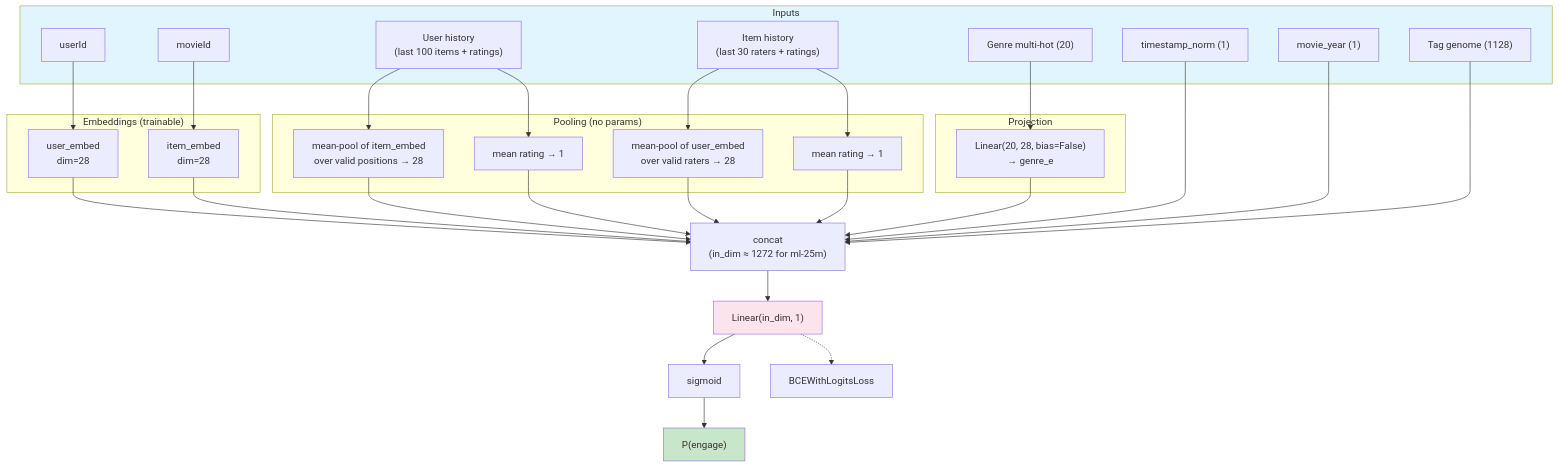
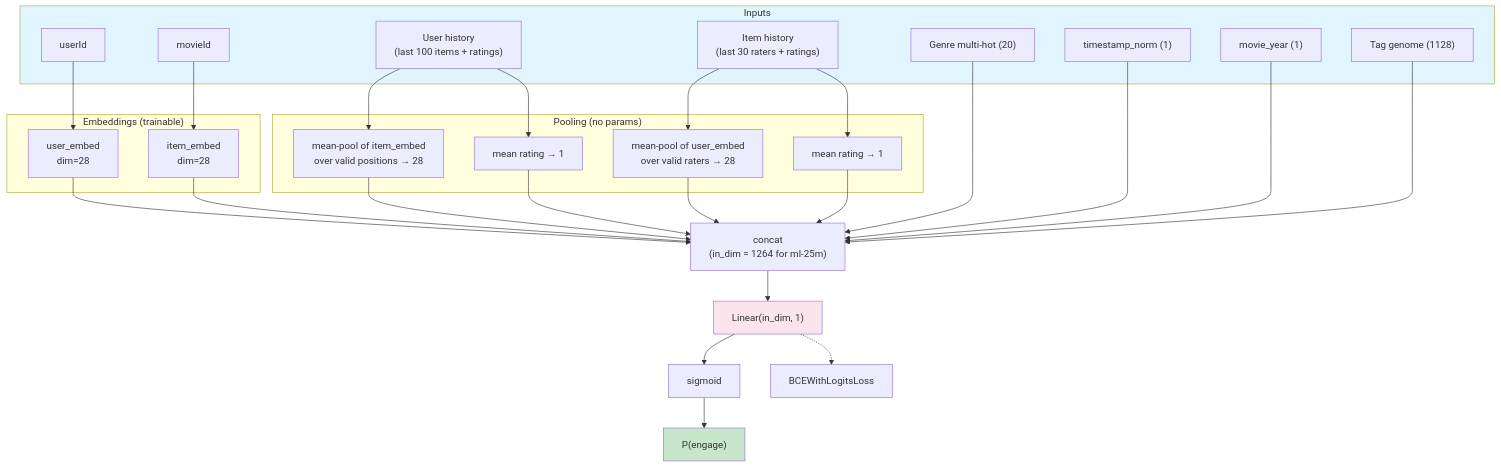
Before and after one commit to thuningxu/movielens: the diagram in README.md, drawn with Mermaid. The commit also changed other lines of this file and 2 other files, not shown here.

Commit message:
Drop genre projection; feed raw multi-hot directly (null ablation)
A Linear(20, 28) -> Linear(in, 1) chain is expressively equivalent to a
direct Linear(20, 1) slice in the head — the projection was redundant
parameters. Removing it saves ~560 params with no AUC cost.

Result on ml-25m at SEED=42: val_auc = 0.821875 (was 0.821714 with the
projection, delta = +0.000161, well inside deterministic noise).
Logloss, peak memory, and training time are unchanged.

in_dim drops from 1272 to 1264 (genre contribution goes from 28 -> 20
since no longer projected up).

````diff
--- a/README.md
+++ b/README.md
@@ -20,51 +20,47 @@
 ```mermaid
 graph TD
     subgraph Inputs
         UID["userId"]
         MID["movieId"]
         UHIST["User history<br/>(last 100 items + ratings)"]
         IHIST["Item history<br/>(last 30 raters + ratings)"]
         GENRE["Genre multi-hot (20)"]
         TS["timestamp_norm (1)"]
         YEAR["movie_year (1)"]
         GENOME["Tag genome (1128)"]
     end
 
     subgraph "Embeddings (trainable)"
         UID --> UE["user_embed<br/>dim=28"]
         MID --> IE["item_embed<br/>dim=28"]
     end
 
     subgraph "Pooling (no params)"
         UHIST --> UHP["mean-pool of item_embed<br/>over valid positions → 28"]
         UHIST --> UHR["mean rating → 1"]
         IHIST --> IHP["mean-pool of user_embed<br/>over valid raters → 28"]
         IHIST --> IHR["mean rating → 1"]
     end
 
-    subgraph "Projection"
-        GENRE --> GP["Linear(20, 28, bias=False)<br/>→ genre_e"]
-    end
-
-    UE --> CONCAT["concat<br/>(in_dim ≈ 1272 for ml-25m)"]
+    UE --> CONCAT["concat<br/>(in_dim = 1264 for ml-25m)"]
     IE --> CONCAT
     UHP --> CONCAT
     UHR --> CONCAT
     IHP --> CONCAT
     IHR --> CONCAT
-    GP --> CONCAT
+    GENRE --> CONCAT
     TS --> CONCAT
     YEAR --> CONCAT
     GENOME --> CONCAT
 
     CONCAT --> HEAD["Linear(in_dim, 1)"]
     HEAD --> SIGMOID["sigmoid"]
     SIGMOID --> PRED["P(engage)"]
 
     LOSS["BCEWithLogitsLoss"]
     HEAD -.-> LOSS
 
     style Inputs fill:#e1f5fe
     style HEAD fill:#fce4ec
     style PRED fill:#c8e6c9
 ```
````
